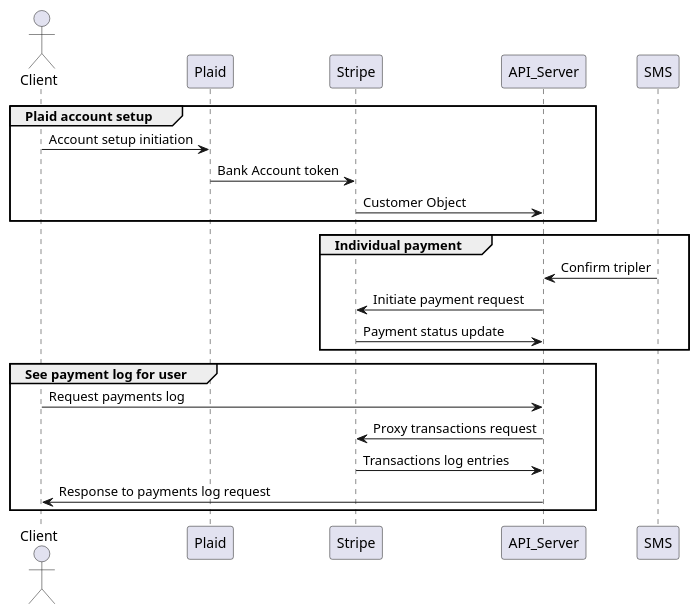
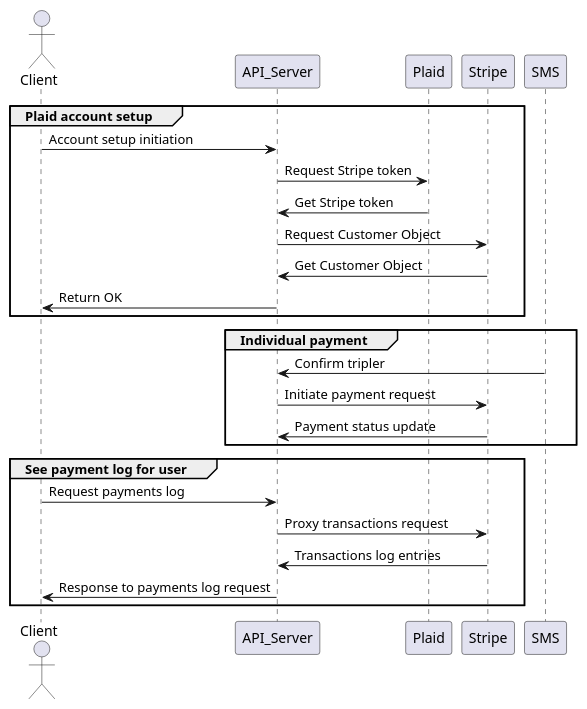
Before and after one commit to colab-coop/hello-voter: the diagram in docs/payments-flow.plantuml, drawn with PlantUML. The commit also changed 1 other file, not shown here.

Commit message:
updating flow

```diff
--- a/docs/payments-flow.plantuml
+++ b/docs/payments-flow.plantuml
@@ -1,30 +1,29 @@
-@startuml
-
 actor Client
 
 group Plaid account setup
 
-Client -> Plaid: Account setup initiation
-Plaid -> Stripe: Bank Account token
-Stripe -> API_Server: Customer Object
+Client -> API_Server: Account setup initiation
+API_Server -> Plaid: Request Stripe token
+Plaid -> API_Server: Get Stripe token
+API_Server -> Stripe: Request Customer Object
+Stripe -> API_Server: Get Customer Object
+API_Server -> Client: Return OK
 
 end
 
 group Individual payment
 
 SMS -> API_Server: Confirm tripler
 API_Server -> Stripe: Initiate payment request
 Stripe -> API_Server: Payment status update
 
 end
 
 group See payment log for user
 
 Client -> API_Server: Request payments log
 API_Server -> Stripe: Proxy transactions request
 Stripe -> API_Server: Transactions log entries
 API_Server -> Client: Response to payments log request
 
 end
-
-@enduml
```
